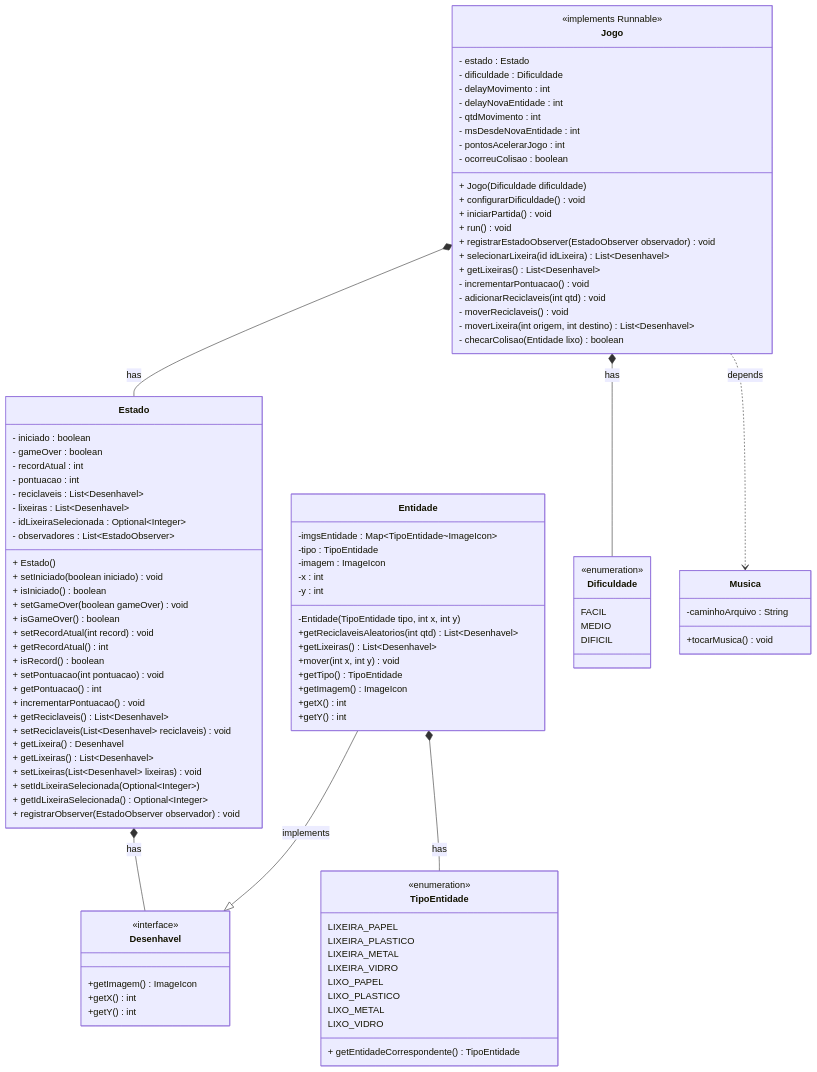
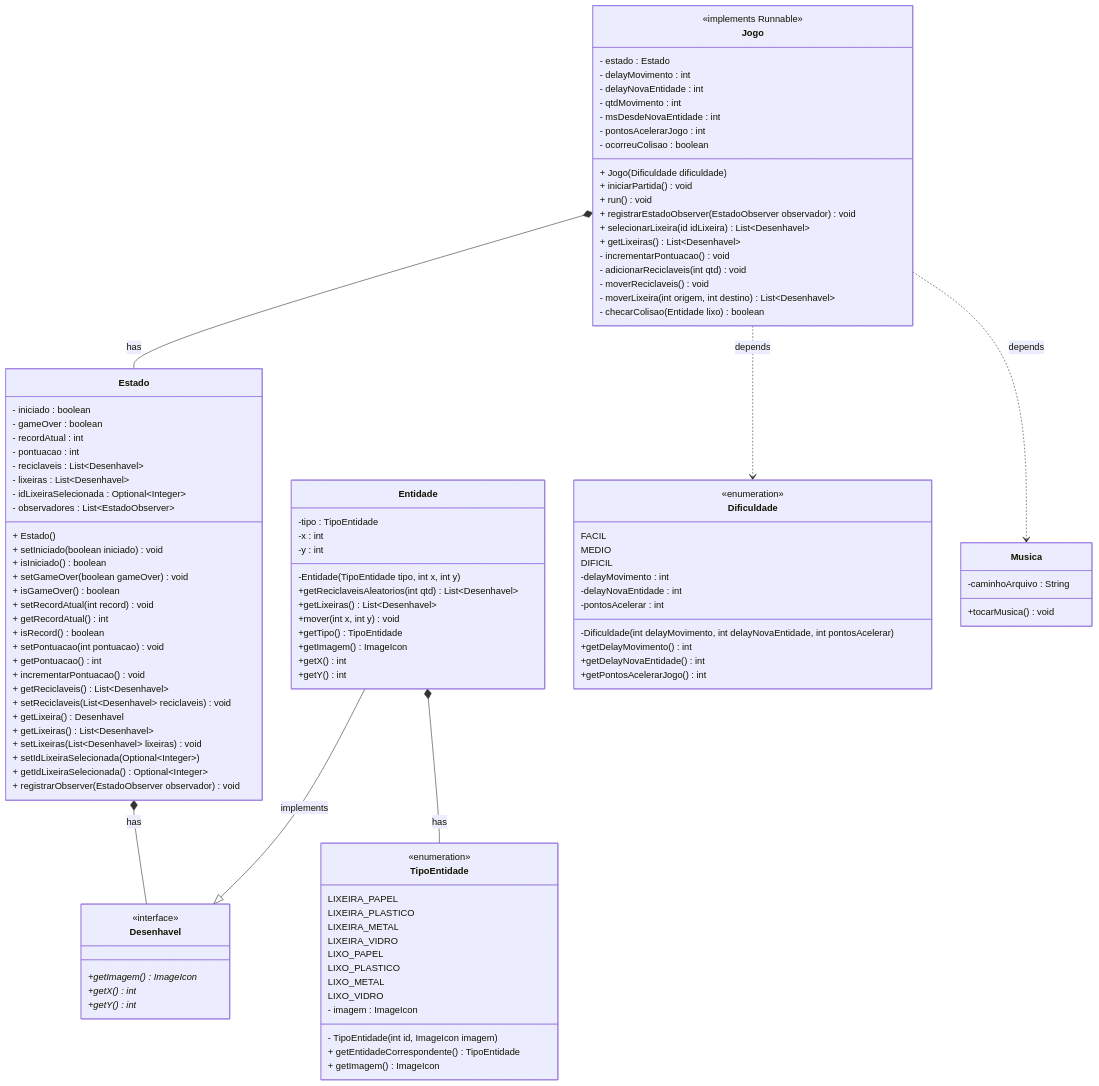
The diagram in docs/DiagramaJogoModel.md (lucasttmz/jogo-reciclagem-aps), drawn with Mermaid before and after one commit. The commit also changed 4 other files, not shown here.

Commit message:
Alteracoes do modelo refletidas nos diagramas

````diff
--- a/docs/DiagramaJogoModel.md
+++ b/docs/DiagramaJogoModel.md
@@ -6,13 +6,13 @@
 	Entidade *-- TipoEntidade : has
 	Estado *-- Desenhavel : has
 	Jogo *-- Estado : has
-	Jogo *-- Dificuldade : has
+	Jogo ..> Dificuldade : depends
         Jogo ..> Musica : depends
 	class Desenhavel{
 		<<interface>>
-		+getImagem() ImageIcon
-		+getX() int
-		+getY() int
+		+getImagem()* ImageIcon
+		+getX()* int
+		+getY()* int
 	}
 	class TipoEntidade{
 		<<enumeration>>
@@ -24,12 +24,13 @@
 		LIXO_PLASTICO
 		LIXO_METAL
 		LIXO_VIDRO
+                - imagem : ImageIcon
+                - TipoEntidade(int id, ImageIcon imagem)
 		+ getEntidadeCorrespondente() TipoEntidade
+                + getImagem() ImageIcon
 	}
 	class Entidade{
-		-imgsEntidade : Map~TipoEntidade~ImageIcon~ 
 		-tipo : TipoEntidade
-		-imagem : ImageIcon
 		-x : int
 		-y : int
 		-Entidade(TipoEntidade tipo, int x, int y)
@@ -73,7 +74,6 @@
 	class Jogo{
 		<<implements Runnable>>
 		- estado : Estado
-		- dificuldade : Dificuldade
 		- delayMovimento : int
 		- delayNovaEntidade : int
 		- qtdMovimento : int
@@ -81,7 +81,6 @@
 		- pontosAcelerarJogo : int
 		- ocorreuColisao : boolean
 		+ Jogo(Dificuldade dificuldade)
-		+ configurarDificuldade() void
 		+ iniciarPartida() void
 		+ run() void
 		+ registrarEstadoObserver(EstadoObserver observador) void
@@ -102,5 +101,12 @@
 		FACIL
 		MEDIO
 		DIFICIL
-	}
+                -delayMovimento : int
+                -delayNovaEntidade : int
+                -pontosAcelerar : int
+                -Dificuldade(int delayMovimento, int delayNovaEntidade, int pontosAcelerar)
+                +getDelayMovimento() int
+                +getDelayNovaEntidade() int
+                +getPontosAcelerarJogo() int
+        }
 ```
````
